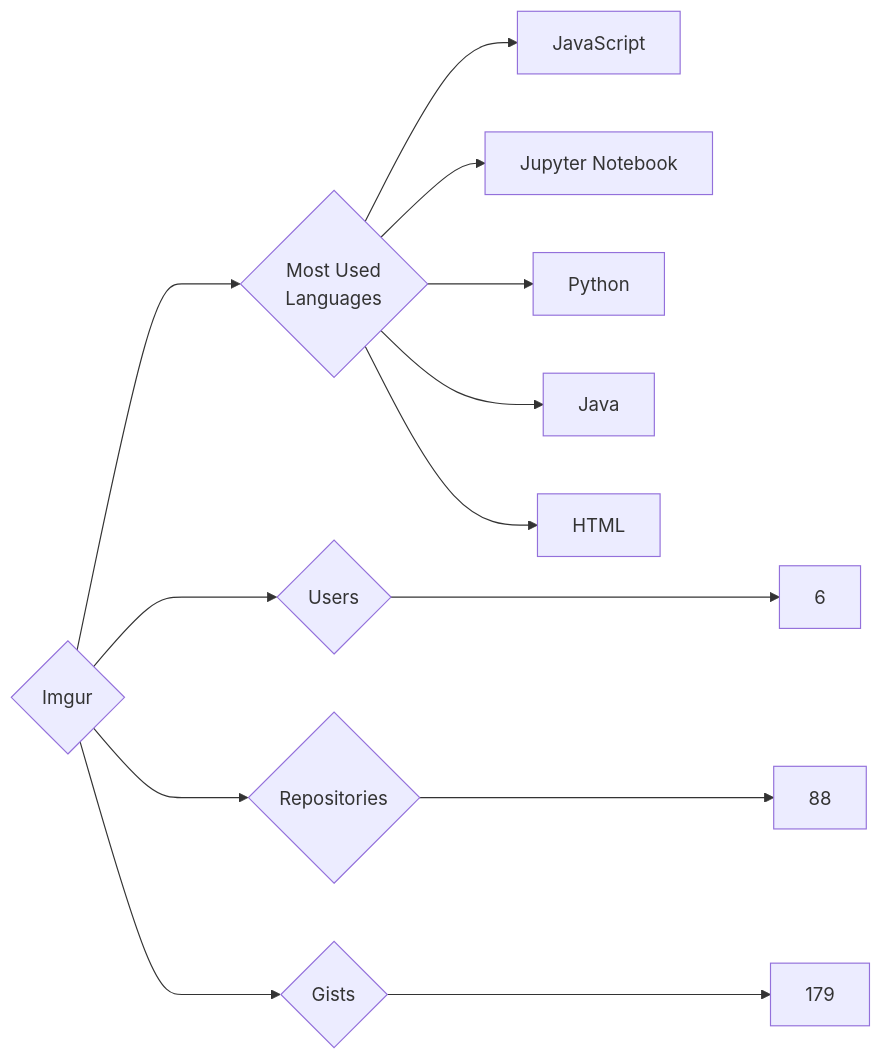
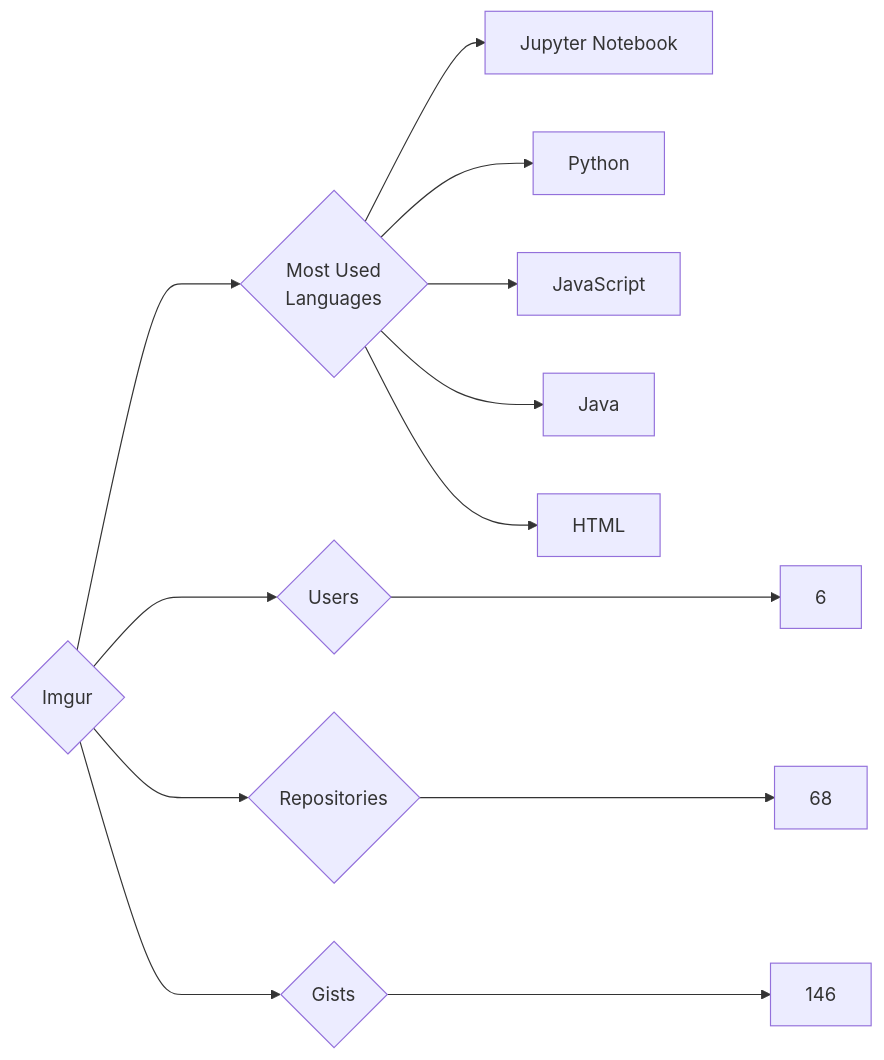
One commit to trickest/insiders changed the diagram in targets/Imgur/README.md. Above: the diagram before and after it, drawn with Mermaid. The commit also changed 942 other files, not shown here.

````diff
--- a/targets/Imgur/README.md
+++ b/targets/Imgur/README.md
@@ -3,13 +3,13 @@
 ```mermaid
 graph LR
 COMPANY_NAME{Imgur}
 COMPANY_NAME ---> U{Users} ---> UN[6]
-COMPANY_NAME ---> R{Repositories} ---> RN[88]
-COMPANY_NAME ---> G{Gists} ---> GN[179]
+COMPANY_NAME ---> R{Repositories} ---> RN[68]
+COMPANY_NAME ---> G{Gists} ---> GN[146]
 COMPANY_NAME ---> ML{Most Used<br>Languages}
-ML --> JavaScript[JavaScript]
 ML --> Jupyter_Notebook[Jupyter Notebook]
 ML --> Python[Python]
+ML --> JavaScript[JavaScript]
 ML --> Java[Java]
 ML --> HTML[HTML]
 ```
````
